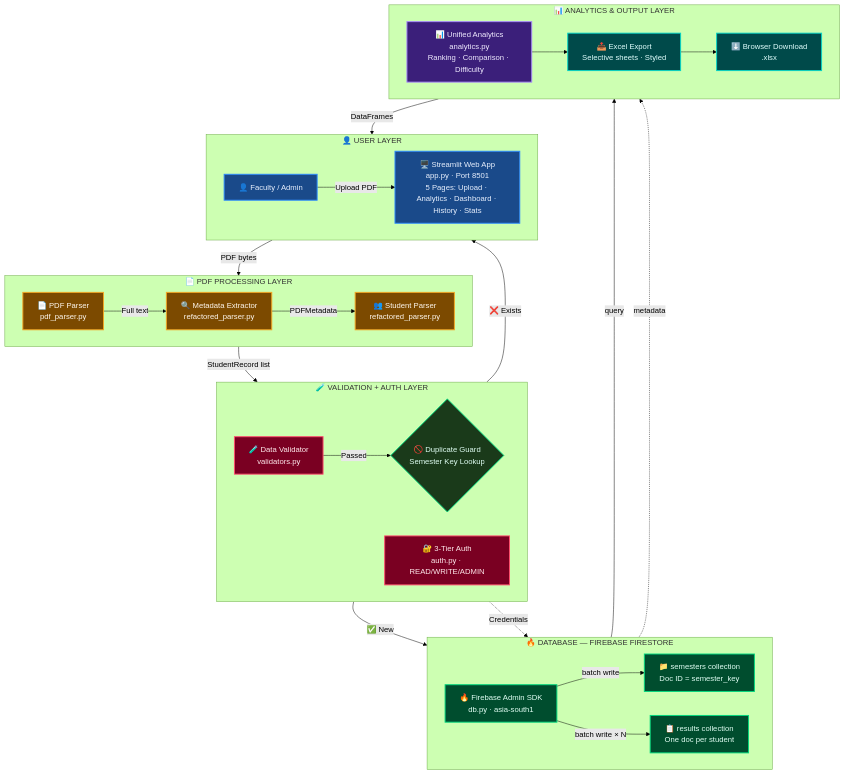
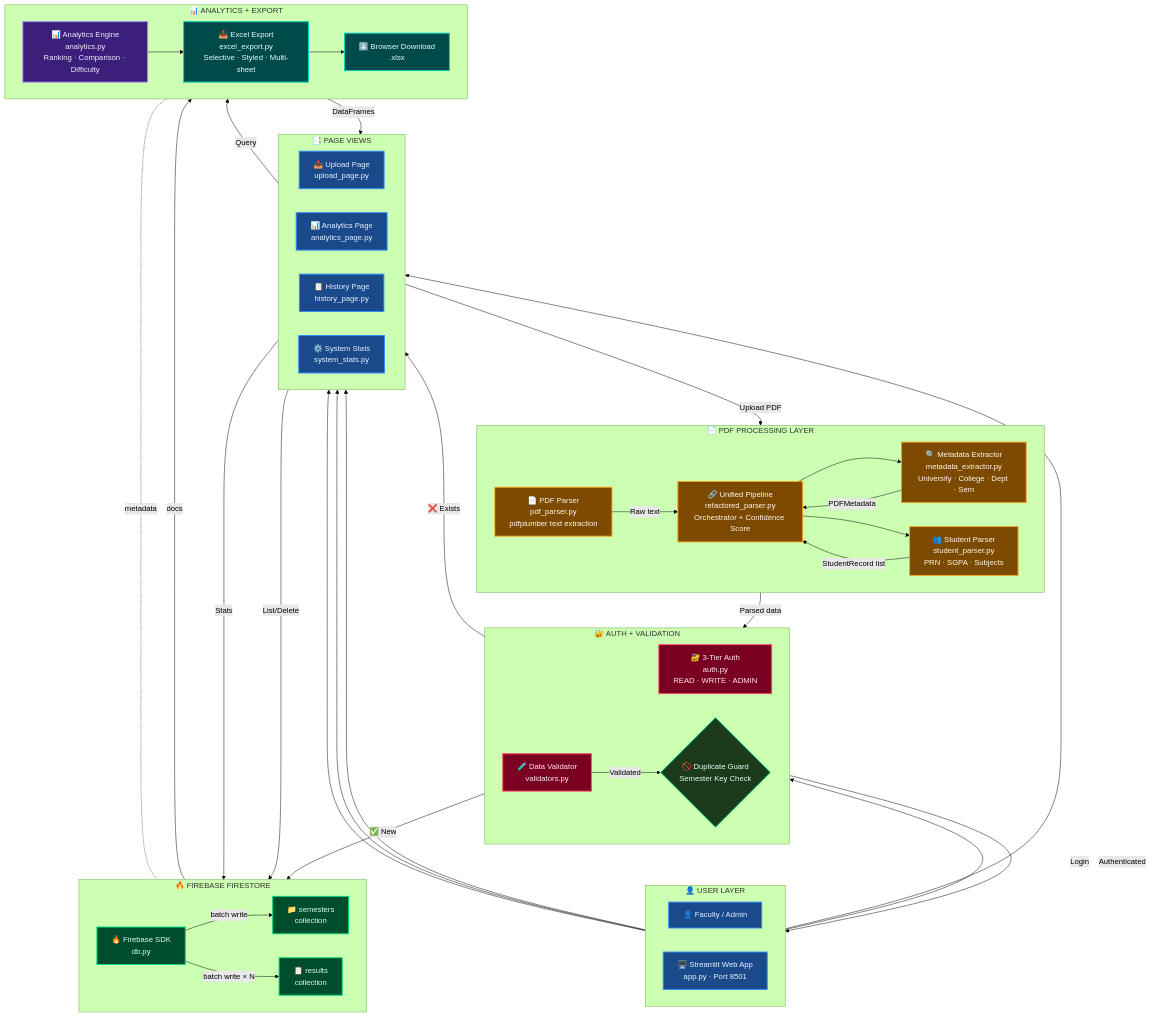
One commit to himanshu-jadhav108/ResultOps changed the diagram in README.md. Above: the diagram before and after it, drawn with Mermaid (forest theme). The commit also changed other lines of this file and 4 other files, not shown here.

Commit message:
docs: update README.md structure, Mermaid diagram, and .gitignore

````diff
--- a/README.md
+++ b/README.md
@@ -105,59 +122,80 @@
     subgraph USER["👤  USER LAYER"]
         direction LR
         A["👤 Faculty / Admin"]
-        B["🖥️ Streamlit Web App\napp.py · Port 8501\n5 Pages: Upload · Analytics · Dashboard · History · Stats"]
+        B["🖥️ Streamlit Web App<br/>app.py · Port 8501"]
+    end
+
+    subgraph PAGES["📑  PAGE VIEWS"]
+        direction LR
+        P1["📤 Upload Page<br/>upload_page.py"]
+        P2["📊 Analytics Page<br/>analytics_page.py"]
+        P3["📋 History Page<br/>history_page.py"]
+        P4["⚙️ System Stats<br/>system_stats.py"]
     end
 
     subgraph PARSE["📄  PDF PROCESSING LAYER"]
         direction LR
-        C["📄 PDF Parser\npdf_parser.py"]
-        D["🔍 Metadata Extractor\nrefactored_parser.py"]
-        E["👥 Student Parser\nrefactored_parser.py"]
+        C["📄 PDF Parser<br/>pdf_parser.py<br/>pdfplumber text extraction"]
+        D["🔍 Metadata Extractor<br/>metadata_extractor.py<br/>University · College · Dept · Sem"]
+        E["👥 Student Parser<br/>student_parser.py<br/>PRN · SGPA · Subjects"]
+        F["🔗 Unified Pipeline<br/>refactored_parser.py<br/>Orchestrator + Confidence Score"]
     end
 
-    subgraph VALID["🧪  VALIDATION + AUTH LAYER"]
+    subgraph AUTH["🔐  AUTH + VALIDATION"]
         direction LR
-        F["🧪 Data Validator\nvalidators.py"]
-        G{"🚫 Duplicate Guard\nSemester Key Lookup"}
-        H["🔐 3-Tier Auth\nauth.py · READ/WRITE/ADMIN"]
+        G["🔐 3-Tier Auth<br/>auth.py<br/>READ · WRITE · ADMIN"]
+        H["🧪 Data Validator<br/>validators.py"]
+        I{"🚫 Duplicate Guard<br/>Semester Key Check"}
     end
 
-    subgraph FIRE["🔥  DATABASE — FIREBASE FIRESTORE"]
+    subgraph FIRE["🔥  FIREBASE FIRESTORE"]
         direction LR
-        I["🔥 Firebase Admin SDK\ndb.py · asia-south1"]
-        J["📁 semesters collection\nDoc ID = semester_key"]
-        K["📋 results collection\nOne doc per student"]
+        J["🔥 Firebase SDK<br/>db.py"]
+        K["📁 semesters<br/>collection"]
+        L["📋 results<br/>collection"]
     end
 
-    subgraph OUT["📊  ANALYTICS & OUTPUT LAYER"]
+    subgraph OUT["📊  ANALYTICS + EXPORT"]
         direction LR
-        L["📊 Unified Analytics\nanalytics.py\nRanking · Comparison · Difficulty"]
-        M["📥 Excel Export\nSelective sheets · Styled"]
-        N["⬇️ Browser Download\n.xlsx"]
+        M["📊 Analytics Engine<br/>analytics.py<br/>Ranking · Comparison · Difficulty"]
+        N["📥 Excel Export<br/>excel_export.py<br/>Selective · Styled · Multi-sheet"]
+        O["⬇️ Browser Download<br/>.xlsx"]
     end
 
-    A -->|Upload PDF| B
-    B -->|PDF bytes| C
-    C -->|Full text| D
-    D -->|PDFMetadata| E
-    E -->|StudentRecord list| F
-    F -->|Passed| G
-    G -->|❌ Exists| B
-    G -->|✅ New| I
-    H -.->|Credentials| I
-    I -->|batch write| J
-    I -->|batch write × N| K
-    K -->|query| L
-    J -.->|metadata| L
-    L -->|DataFrames| B
-    L --> M
+    A -->|"Login"| G
+    G -->|"Authenticated"| B
+    B --> P1 & P2 & P3 & P4
+
+    P1 -->|"Upload PDF"| C
+    C -->|"Raw text"| F
+    F --> D & E
+    D -->|"PDFMetadata"| F
+    E -->|"StudentRecord list"| F
+
+    F -->|"Parsed data"| H
+    H -->|"Validated"| I
+    I -->|"❌ Exists"| P1
+    I -->|"✅ New"| J
+
+    J -->|"batch write"| K
+    J -->|"batch write × N"| L
+
+    P2 -->|"Query"| M
+    L -->|"docs"| M
+    K -.-|"metadata"| M
+    M -->|"DataFrames"| P2
     M --> N
+    N --> O
+
+    P3 -->|"List/Delete"| J
+    P4 -->|"Stats"| J
 
     class A,B user
-    class C,D,E parser
-    class F,H validate
-    class G decision
-    class I,J,K firebase
-    class L analytics
-    class M,N export
+    class P1,P2,P3,P4 user
+    class C,D,E,F parser
+    class G,H validate
+    class I decision
+    class J,K,L firebase
+    class M analytics
+    class N,O export
 ```
````
